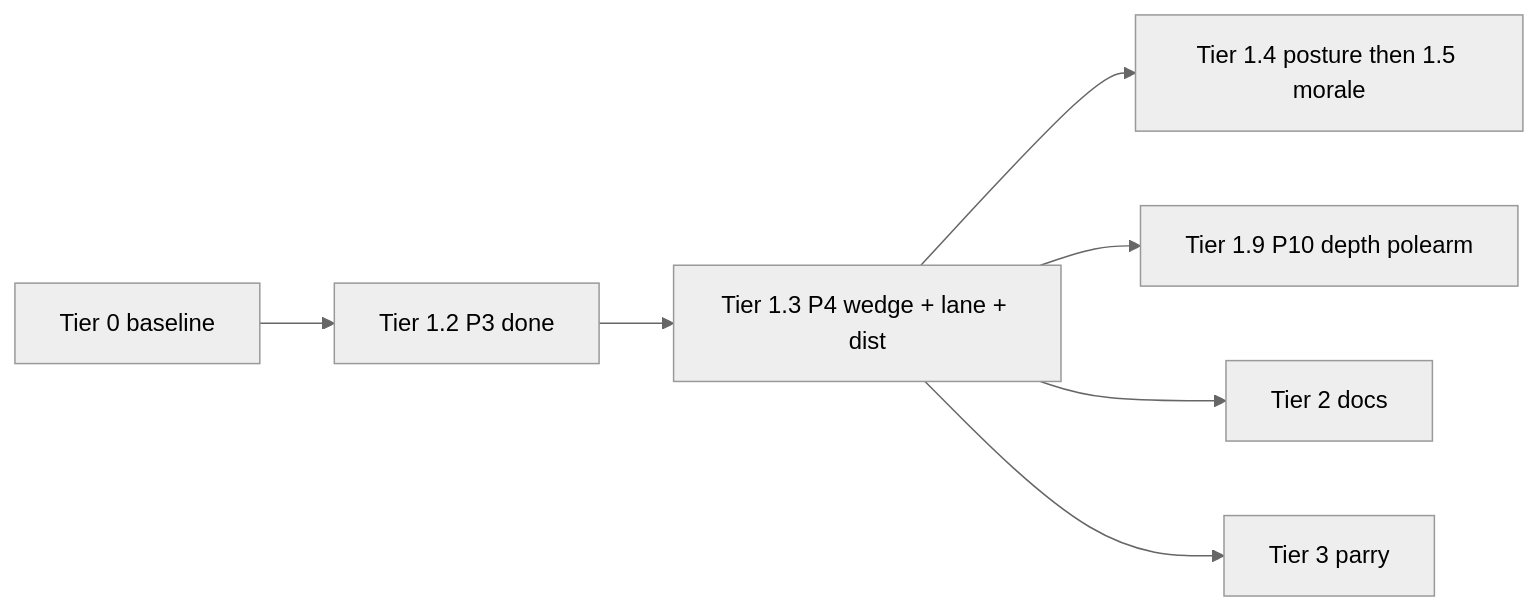
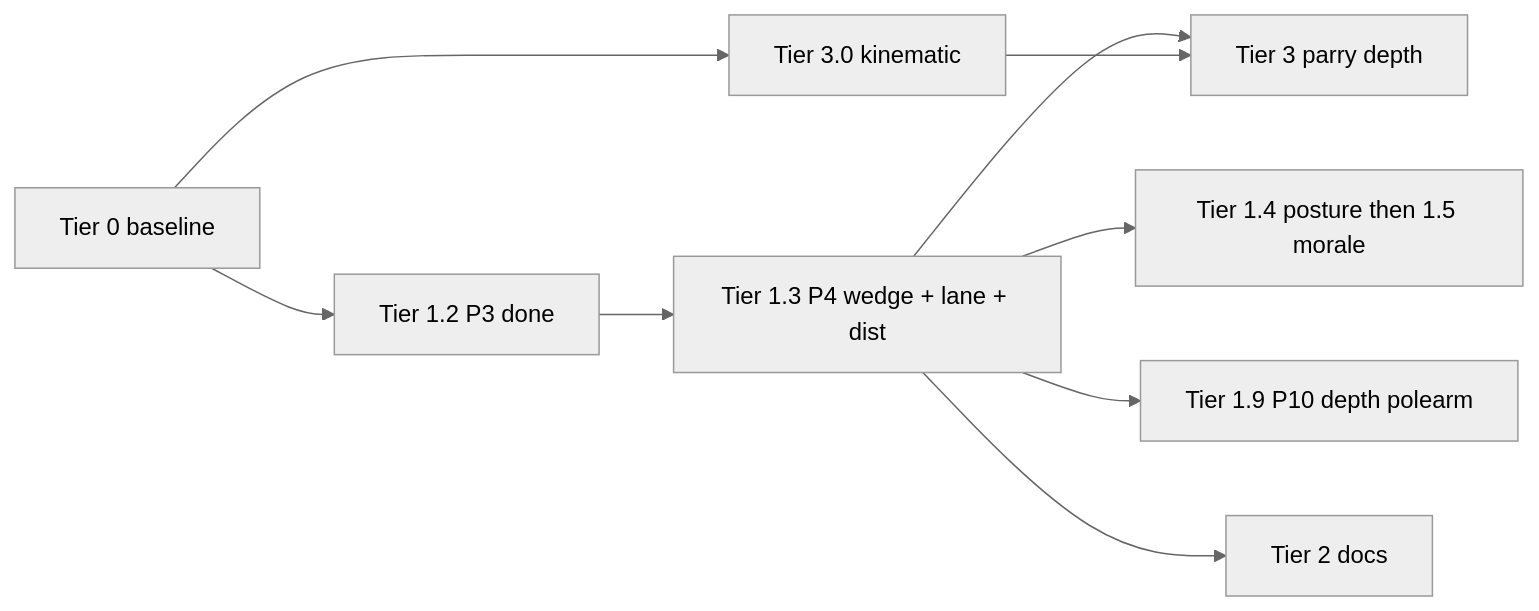
Before and after one commit to Evernight27/FallenPaths: the diagram in docs/IMPLEMENTATION_ORDER.md, drawn with Mermaid (neutral theme). The commit also changed other lines of this file and 82 other files, not shown here.

````diff
--- a/docs/IMPLEMENTATION_ORDER.md
+++ b/docs/IMPLEMENTATION_ORDER.md
@@ -55,14 +60,17 @@
 ```mermaid
 flowchart LR
   T0[Tier 0 baseline]
+  T30[Tier 3.0 kinematic]
   T12[Tier 1.2 P3 done]
   T13[Tier 1.3 P4 wedge + lane + dist]
   T19[Tier 1.9 P10 depth polearm]
   T14[Tier 1.4 posture then 1.5 morale]
   T2[Tier 2 docs]
-  T3[Tier 3 parry]
+  T3[Tier 3 parry depth]
+  T0 --> T30
   T0 --> T12 --> T13 --> T14
   T13 --> T19
   T13 --> T2
   T13 --> T3
+  T30 --> T3
 ```
````
